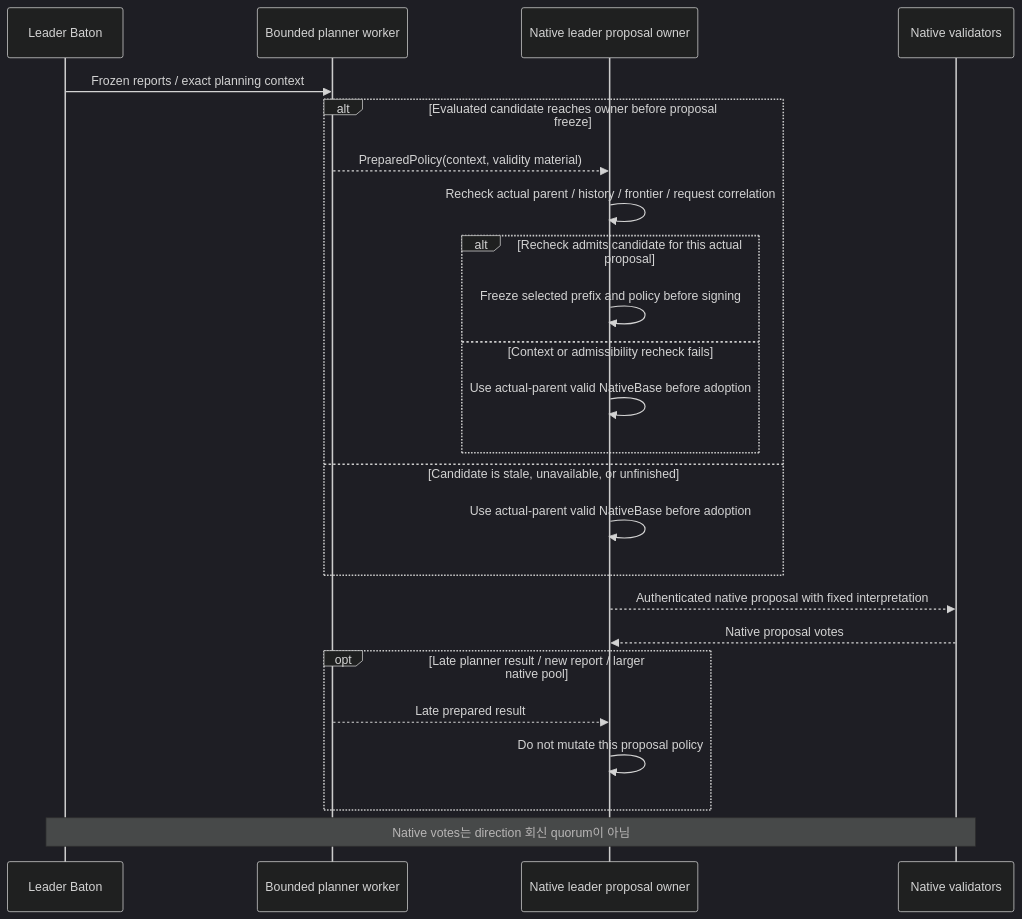
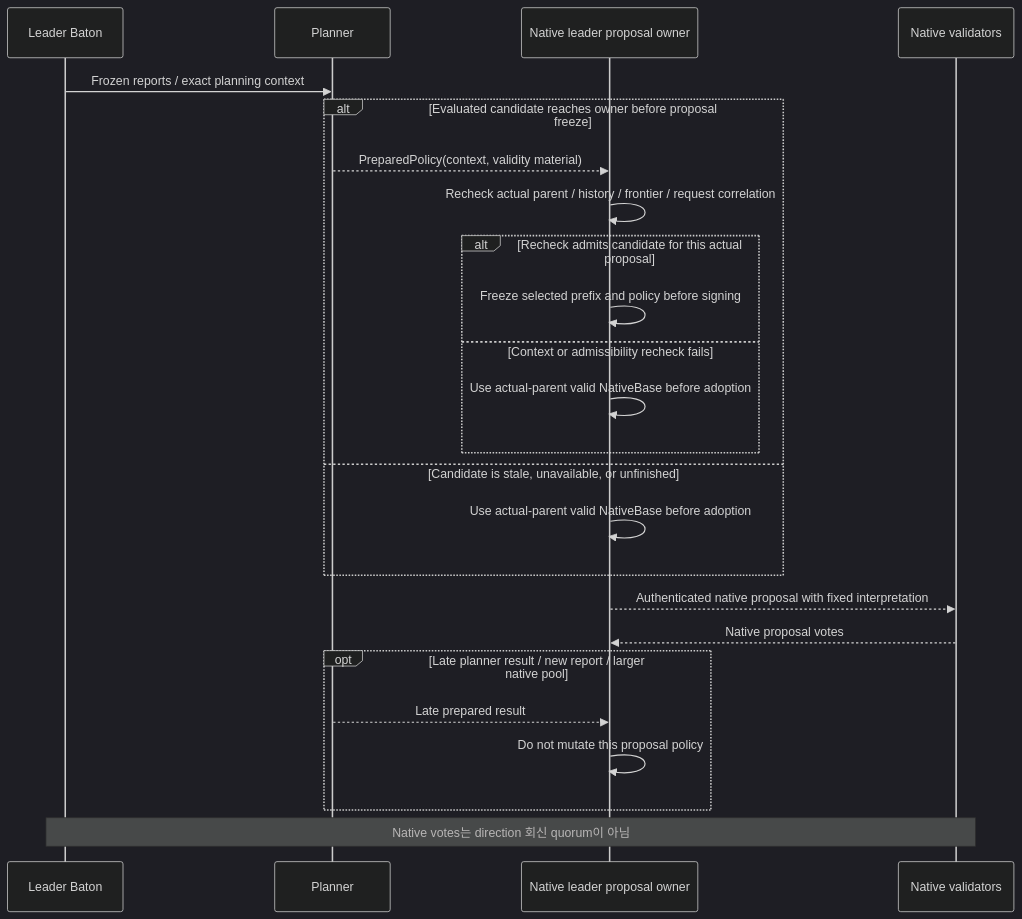
Diagram 12 of 18 in IMPLEMENTATION_SPEC.md (djm07073/baton-research), drawn with Mermaid (dark theme) before and after one commit. The commit also changed other lines of this file and 51 other files, not shown here.

````diff
--- a/IMPLEMENTATION_SPEC.md
+++ b/IMPLEMENTATION_SPEC.md
@@ -547,26 +583,26 @@
 ```mermaid
 sequenceDiagram
     participant L as Leader Baton
-    participant P as Bounded planner worker
+    participant P as Planner
     participant N as Native leader proposal owner
     participant V as Native validators
     L->>P: Frozen reports / exact planning context
     alt Evaluated candidate reaches owner before proposal freeze
         P-->>N: PreparedPolicy(context, validity material)
         N->>N: Recheck actual parent / history / frontier / request correlation
         alt Recheck admits candidate for this actual proposal
             N->>N: Freeze selected prefix and policy before signing
         else Context or admissibility recheck fails
             N->>N: Use actual-parent valid NativeBase before adoption
         end
     else Candidate is stale, unavailable, or unfinished
         N->>N: Use actual-parent valid NativeBase before adoption
     end
     N-->>V: Authenticated native proposal with fixed interpretation
     V-->>N: Native proposal votes
     opt Late planner result / new report / larger native pool
         P-->>N: Late prepared result
         N->>N: Do not mutate this proposal policy
     end
     Note over L,V: Native votes는 direction 회신 quorum이 아님
 ```
````
